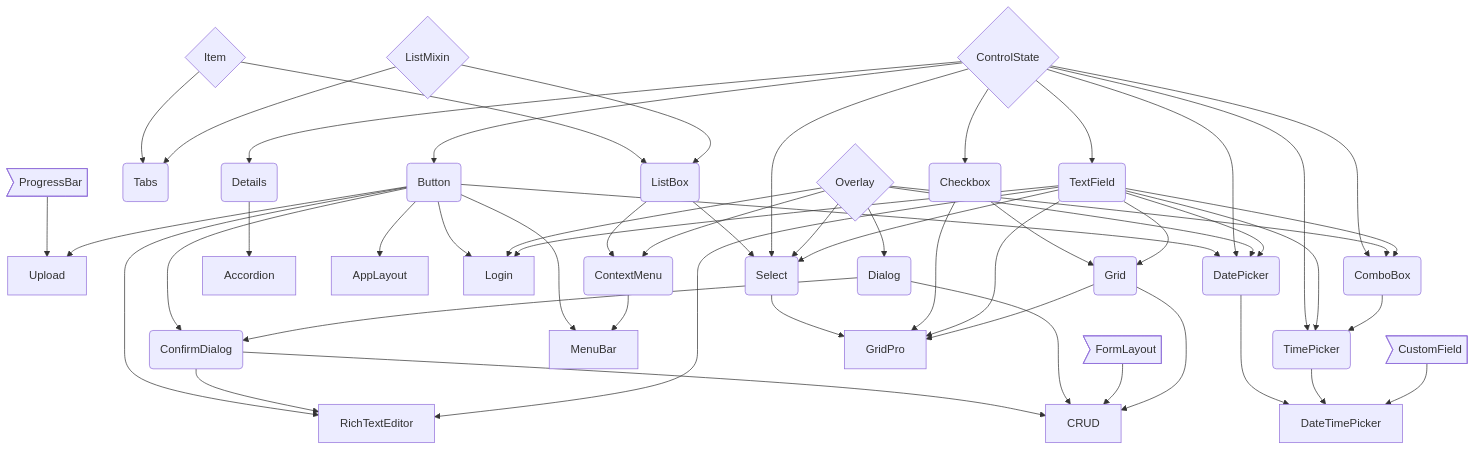
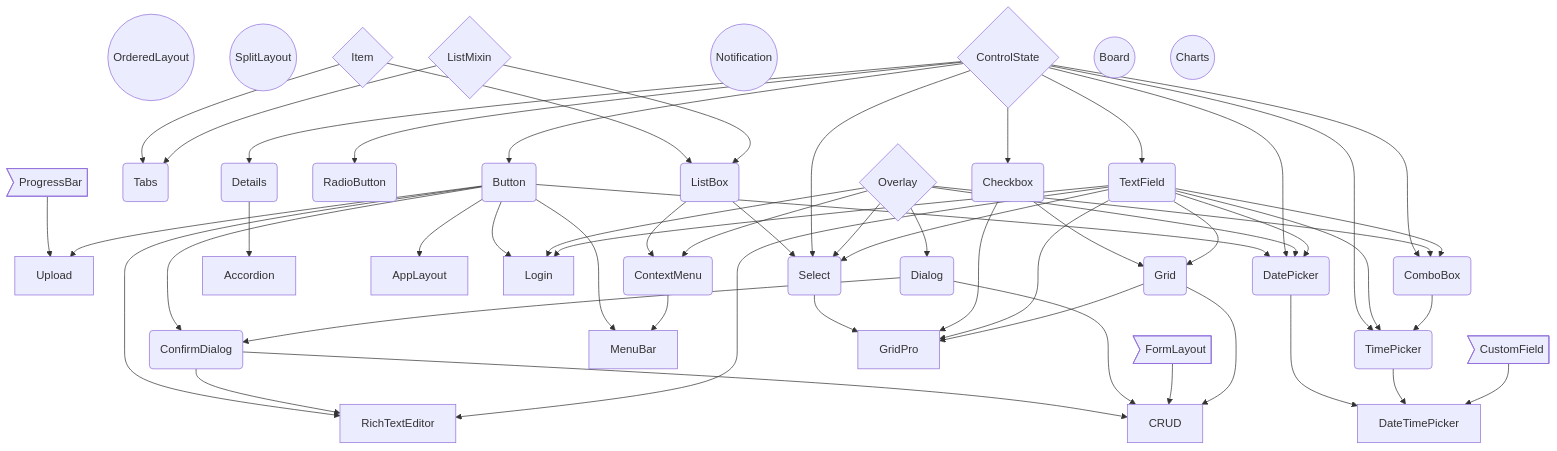
The diagram in COMPONENTS.md (web-padawan/components-flowchart), drawn with Mermaid before and after one commit.

Commit message:
Add radio-button and standalone components

````diff
--- a/COMPONENTS.md
+++ b/COMPONENTS.md
@@ -1,11 +1,15 @@
 ```mermaid
 graph TB
+OL((OrderedLayout))
+SL((SplitLayout))
 
 PB>ProgressBar]
 PB --> U[Upload]
 
 LM{ListMixin}
 I{Item}
+
+N((Notification))
 
 I --> TB(Tabs)
 I --> LB(ListBox)
@@ -16,6 +20,7 @@
 
 CSM{ControlState}
 
+CSM --> RB(RadioButton)
 CSM --> DT(Details)
 DT --> A[Accordion]
 
@@ -71,6 +76,9 @@
 C --> G(Grid)
 T --> G
 
+BO((Board))
+CH((Charts))
+
 CD --> RTE
 T --> RTE
 
````
